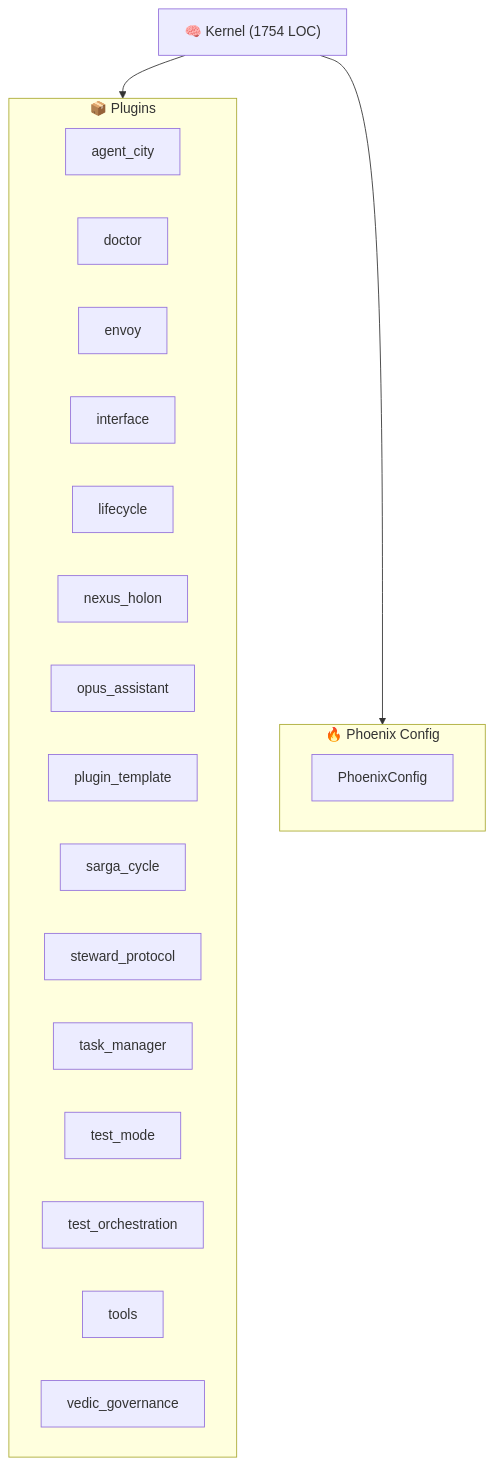
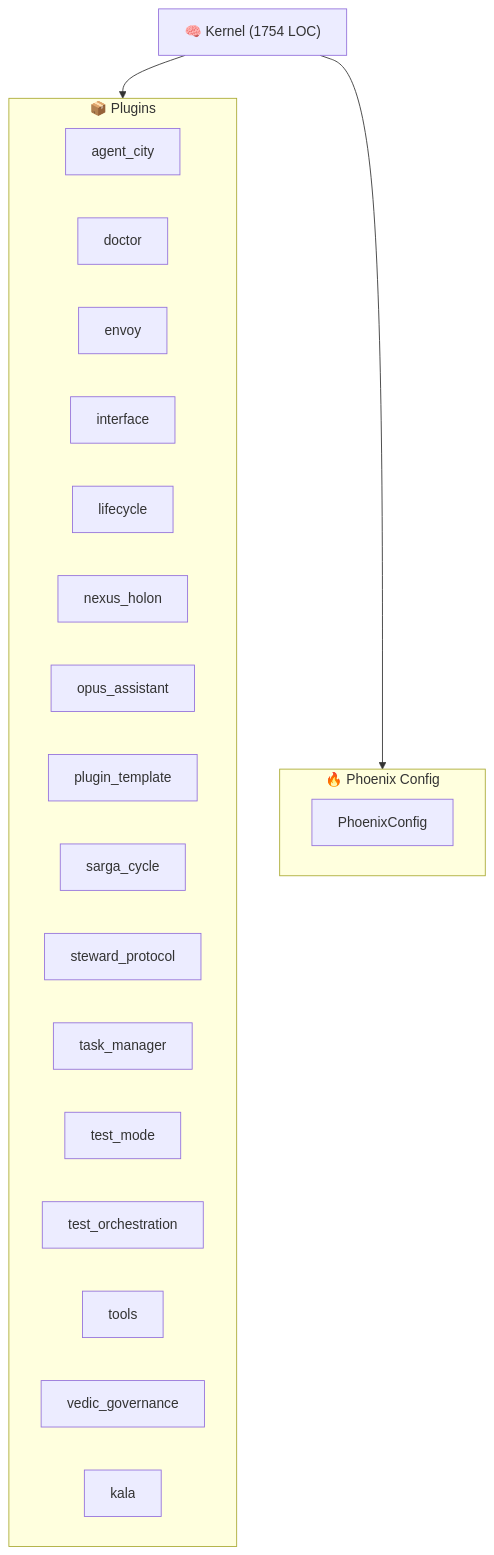
The diagram in ARCHITECTURE.md (kimeisele/steward-protocol), drawn with Mermaid before and after one commit. The commit also changed other lines of this file and 16 other files, not shown here.

````diff
--- a/ARCHITECTURE.md
+++ b/ARCHITECTURE.md
@@ -8,26 +8,27 @@
 ```mermaid
 graph TB
     K["🧠 Kernel (1754 LOC)"]
     subgraph Plugins["📦 Plugins"]
         P_agent_city["agent_city"]
         P_doctor["doctor"]
         P_envoy["envoy"]
         P_interface["interface"]
         P_lifecycle["lifecycle"]
         P_nexus_holon["nexus_holon"]
         P_opus_assistant["opus_assistant"]
         P_plugin_template["plugin_template"]
         P_sarga_cycle["sarga_cycle"]
         P_steward_protocol["steward_protocol"]
         P_task_manager["task_manager"]
         P_test_mode["test_mode"]
         P_test_orchestration["test_orchestration"]
         P_tools["tools"]
         P_vedic_governance["vedic_governance"]
+        P_kala["kala"]
     end
     K --> Plugins
     subgraph Config["🔥 Phoenix Config"]
         PC[PhoenixConfig]
     end
     K --> Config
 ```
````
